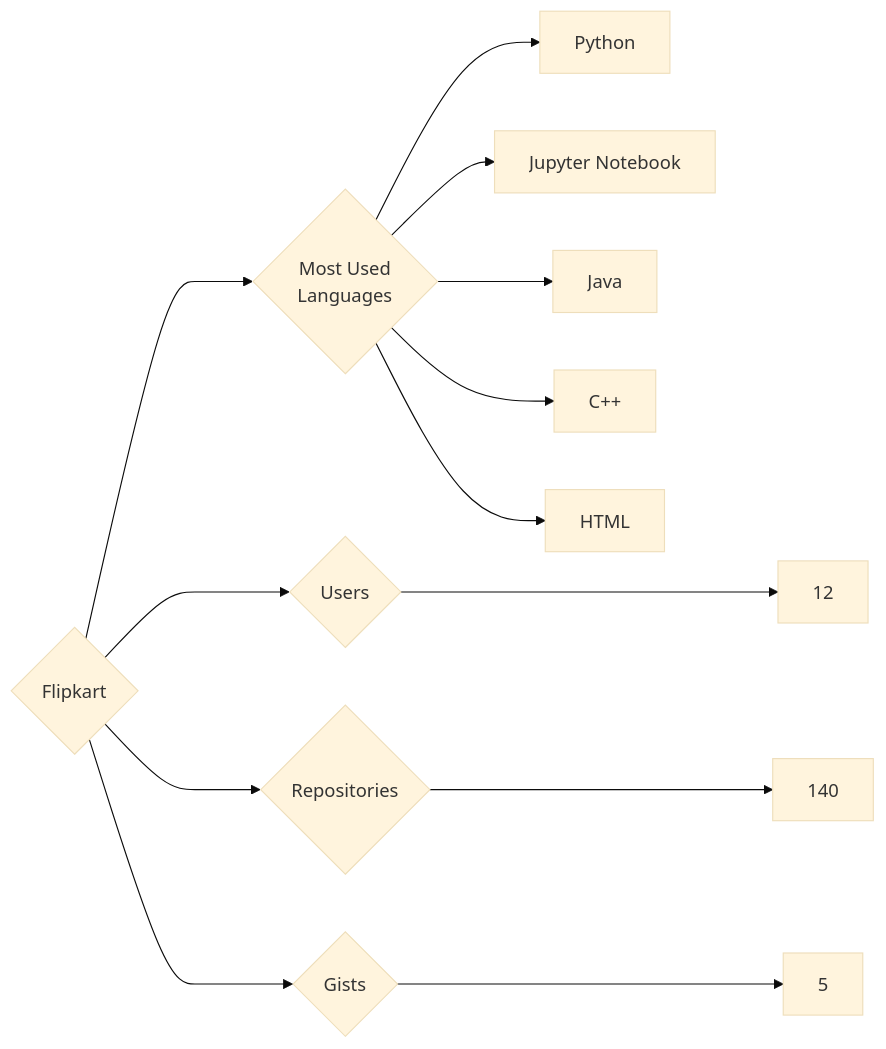
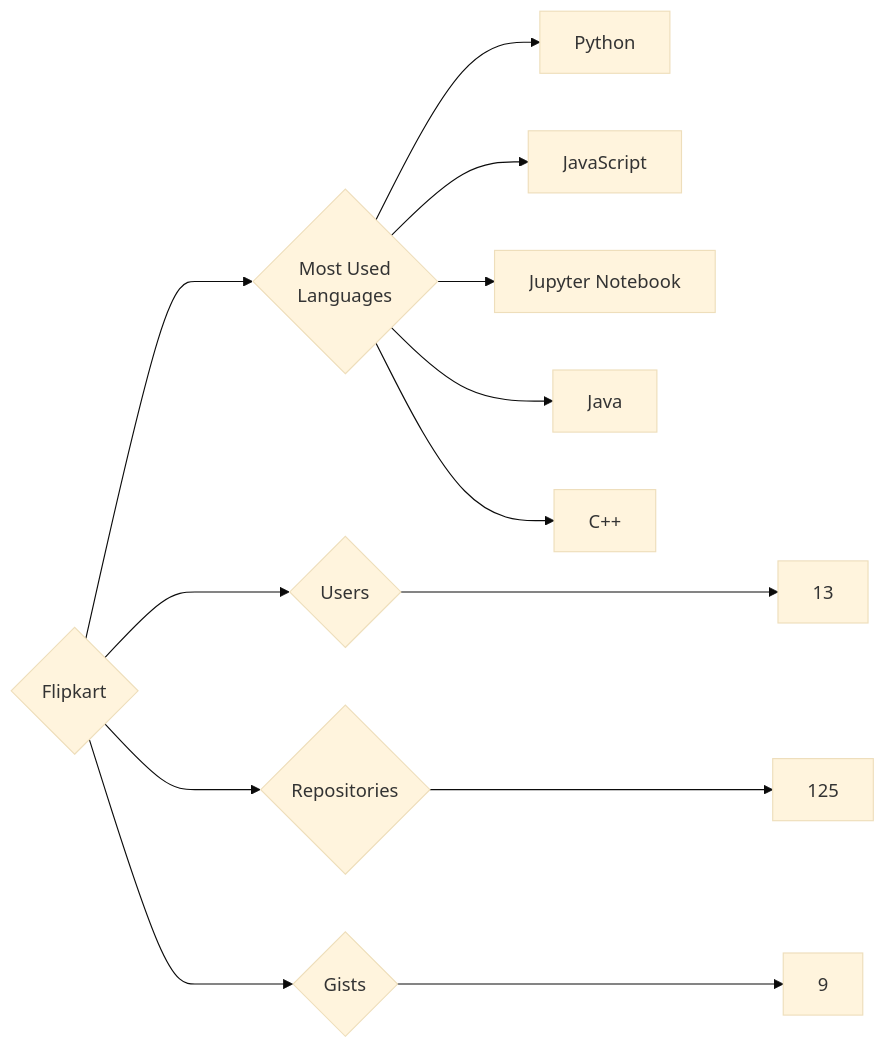
Before and after one commit to trickest/insiders: the diagram in targets/Flipkart/README.md, drawn with Mermaid (base theme). The commit also changed 1167 other files, not shown here.

````diff
--- a/targets/Flipkart/README.md
+++ b/targets/Flipkart/README.md
@@ -3,13 +3,13 @@
 ```mermaid
 graph LR
 COMPANY_NAME{Flipkart}
-COMPANY_NAME ---> U{Users} ---> UN[12]
-COMPANY_NAME ---> R{Repositories} ---> RN[140]
-COMPANY_NAME ---> G{Gists} ---> GN[5]
+COMPANY_NAME ---> U{Users} ---> UN[13]
+COMPANY_NAME ---> R{Repositories} ---> RN[125]
+COMPANY_NAME ---> G{Gists} ---> GN[9]
 COMPANY_NAME ---> ML{Most Used<br>Languages}
 ML --> Python[Python]
+ML --> JavaScript[JavaScript]
 ML --> Jupyter_Notebook[Jupyter Notebook]
 ML --> Java[Java]
 ML --> C++[C++]
-ML --> HTML[HTML]
 ```
````
